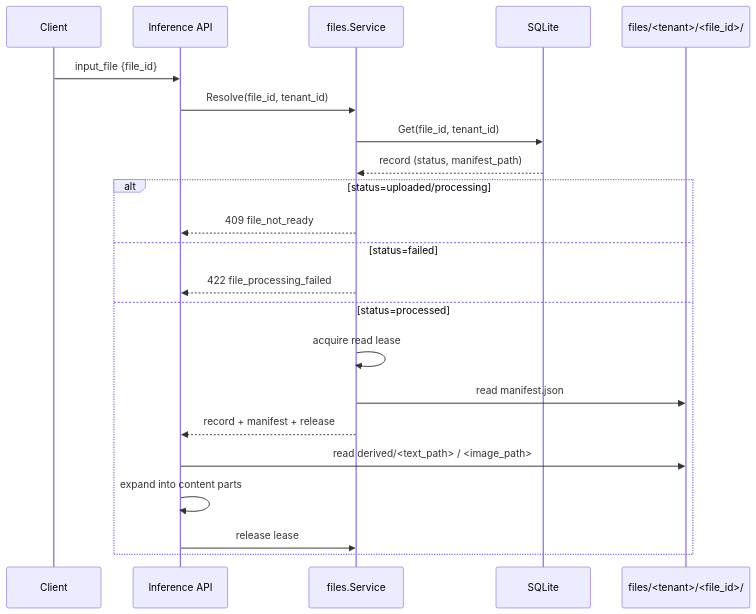
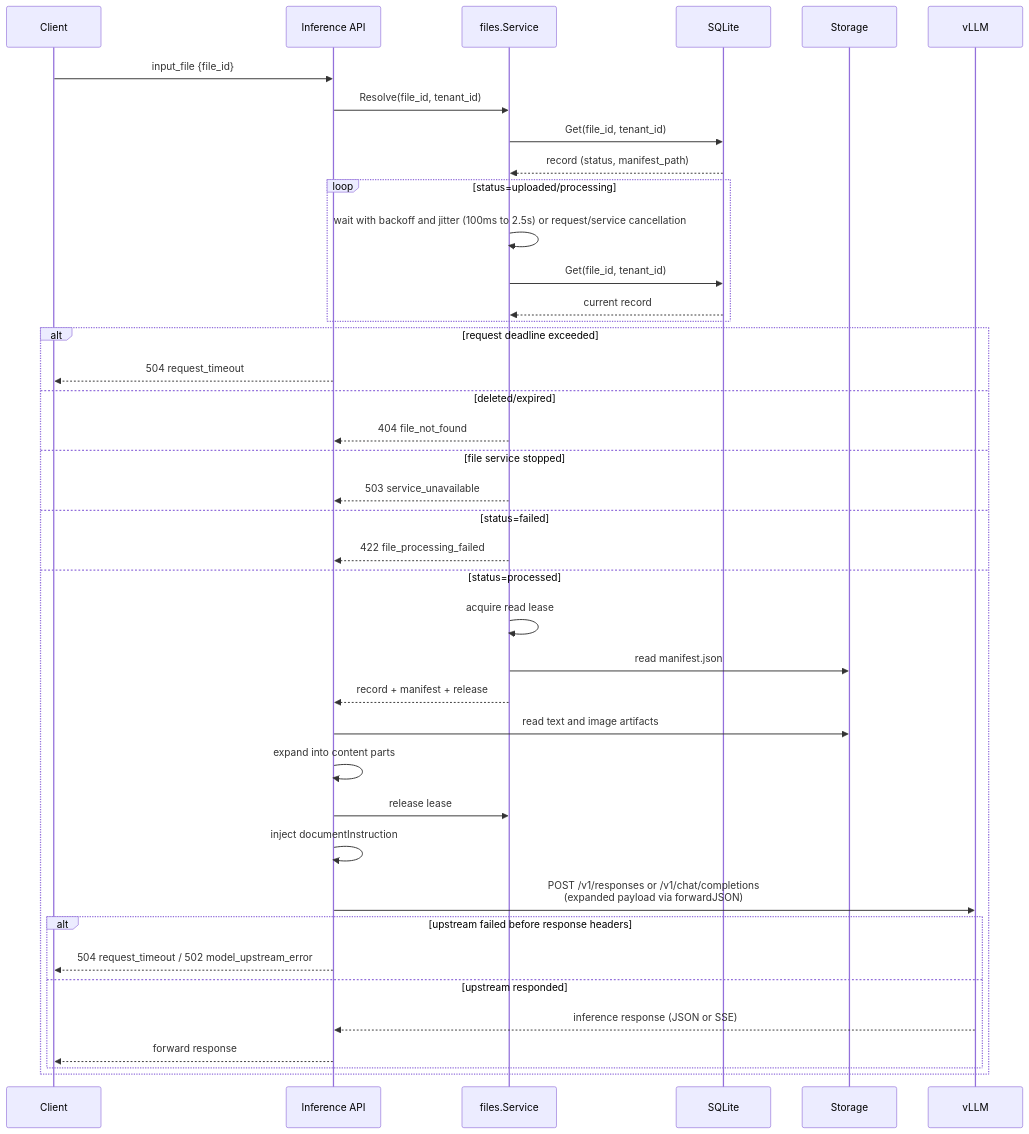
Before and after one commit to mochizuki875/llm-file-gateway: the sixth of 6 diagrams in docs/DESIGN-ja.md, drawn with Mermaid. The commit also changed other lines of this file and 30 other files, not shown here.

Commit message:
feat: add wait processing for file conversion during inference requests

````diff
--- a/docs/DESIGN-ja.md
+++ b/docs/DESIGN-ja.md
@@ -517,25 +520,43 @@
 ```mermaid
 sequenceDiagram
   participant Client
   participant API as Inference API
   participant Files as files.Service
   participant Store as SQLite
-  participant Disk as files/<tenant>/<file_id>/
+  participant Disk as Storage
+  participant VLLM as vLLM
 
   Client->>API: input_file {file_id}
   API->>Files: Resolve(file_id, tenant_id)
   Files->>Store: Get(file_id, tenant_id)
   Store-->>Files: record (status, manifest_path)
-  alt status=uploaded/processing
-    Files-->>API: 409 file_not_ready
+  loop status=uploaded/processing
+    Files->>Files: wait with backoff and jitter (100ms to 2.5s) or request/service cancellation
+    Files->>Store: Get(file_id, tenant_id)
+    Store-->>Files: current record
+  end
+  alt request deadline exceeded
+    API-->>Client: 504 request_timeout
+  else deleted/expired
+    Files-->>API: 404 file_not_found
+  else file service stopped
+    Files-->>API: 503 service_unavailable
   else status=failed
     Files-->>API: 422 file_processing_failed
   else status=processed
     Files->>Files: acquire read lease
     Files->>Disk: read manifest.json
     Files-->>API: record + manifest + release
-    API->>Disk: read derived/<text_path> / <image_path>
+    API->>Disk: read text and image artifacts
     API->>API: expand into content parts
     API->>Files: release lease
+    API->>API: inject documentInstruction
+    API->>VLLM: POST /v1/responses or /v1/chat/completions<br/>(expanded payload via forwardJSON)
+    alt upstream failed before response headers
+      API-->>Client: 504 request_timeout / 502 model_upstream_error
+    else upstream responded
+      VLLM-->>API: inference response (JSON or SSE)
+      API-->>Client: forward response
+    end
   end
 ```
````
